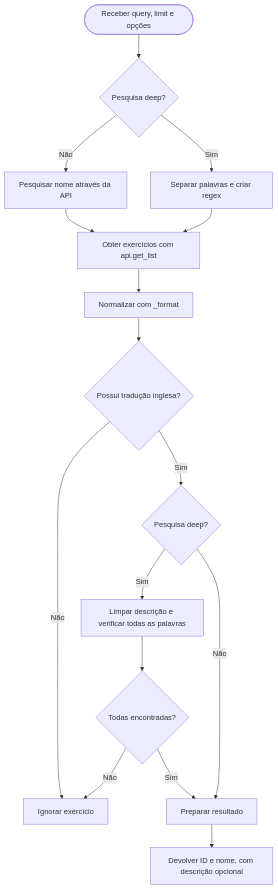
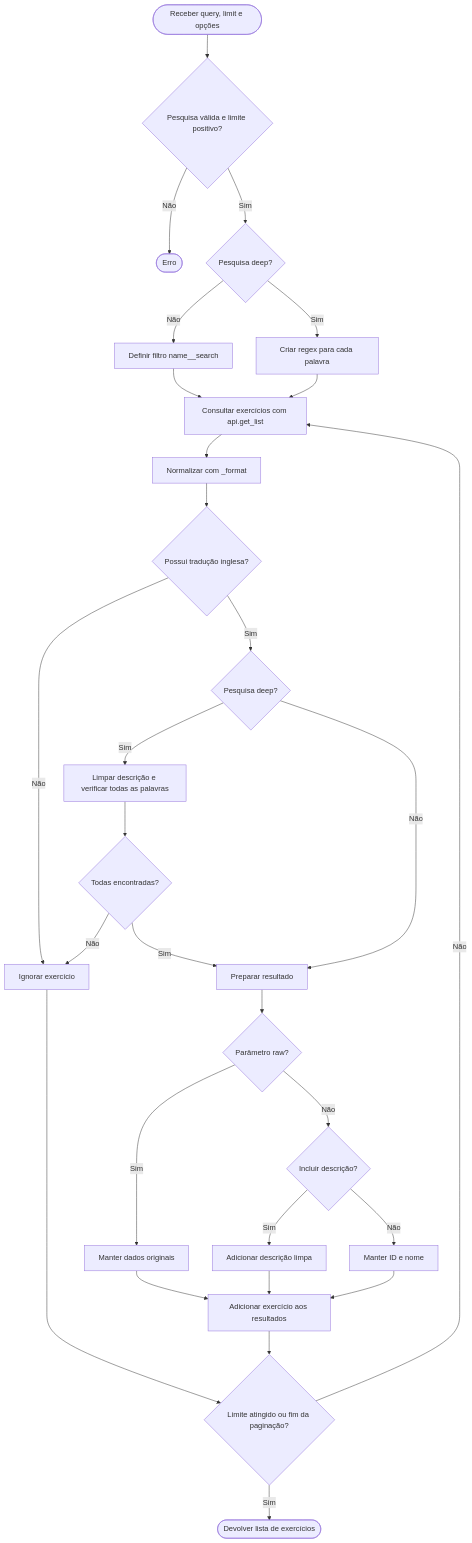
Before and after one commit to nathansperinde/ALPCD_12: the diagram in fitlib/README_X1.md, drawn with Mermaid. The commit also changed other lines of this file and 2 other files, not shown here.

Commit message:
Add README_X2 and update algorithm flowcharts in README_C and README_X1

````diff
--- a/fitlib/README_X1.md
+++ b/fitlib/README_X1.md
@@ -34,18 +34,31 @@
 ```mermaid
 flowchart TD
-    A([Receber query, limit e opções]) --> B{Pesquisa deep?}
-    B -->|Não| C[Pesquisar nome através da API]
-    B -->|Sim| D[Separar palavras e criar regex]
-    C --> E[Obter exercícios com api.get_list]
-    D --> E
-    E --> F[Normalizar com _format]
-    F --> G{Possui tradução inglesa?}
-    G -->|Não| H[Ignorar exercício]
-    G -->|Sim| I{Pesquisa deep?}
-    I -->|Sim| J[Limpar descrição e verificar todas as palavras]
-    J --> K{Todas encontradas?}
-    K -->|Não| H
-    K -->|Sim| L[Preparar resultado]
-    I -->|Não| L
-    L --> M[Devolver ID e nome, com descrição opcional]
+    A([Receber query, limit e opções]) --> B{Pesquisa válida e limite positivo?}
+    B -->|Não| C([Erro])
+    B -->|Sim| D{Pesquisa deep?}
+    D -->|Não| E[Definir filtro name__search]
+    D -->|Sim| F[Criar regex para cada palavra]
+    E --> G[Consultar exercícios com api.get_list]
+    F --> G
+    G --> H[Normalizar com _format]
+    H --> I{Possui tradução inglesa?}
+    I -->|Não| J[Ignorar exercício]
+    I -->|Sim| K{Pesquisa deep?}
+    K -->|Sim| L[Limpar descrição e verificar todas as palavras]
+    L --> M{Todas encontradas?}
+    M -->|Não| J
+    M -->|Sim| N[Preparar resultado]
+    K -->|Não| N
+    N --> O{Parâmetro raw?}
+    O -->|Sim| P[Manter dados originais]
+    O -->|Não| Q{Incluir descrição?}
+    Q -->|Sim| R[Adicionar descrição limpa]
+    Q -->|Não| S[Manter ID e nome]
+    P --> T[Adicionar exercício aos resultados]
+    R --> T
+    S --> T
+    J --> U{Limite atingido ou fim da paginação?}
+    T --> U
+    U -->|Não| G
+    U -->|Sim| V([Devolver lista de exercícios])
 ```
````
